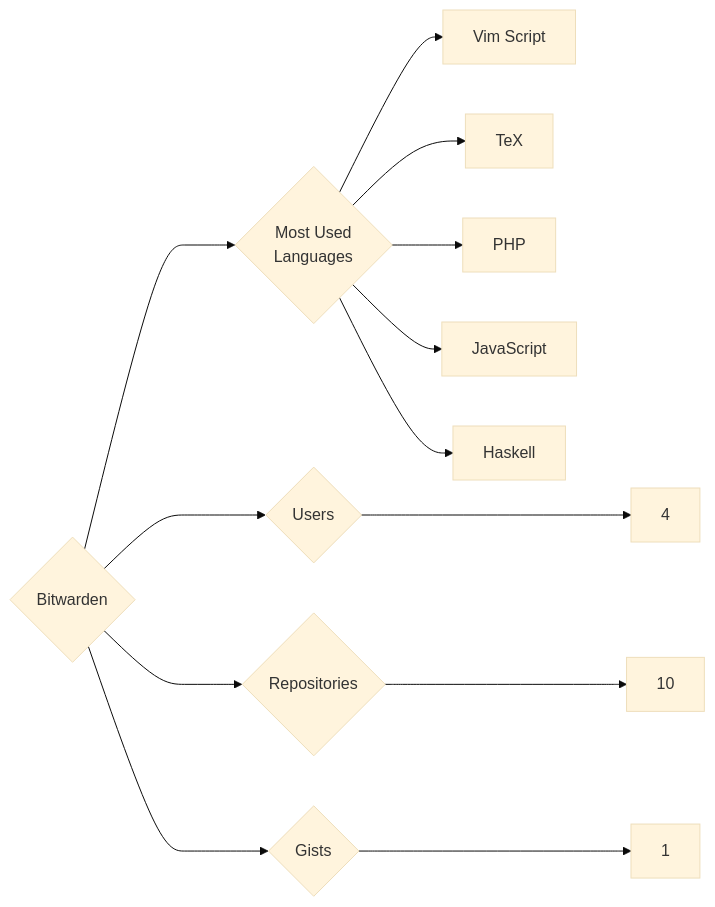
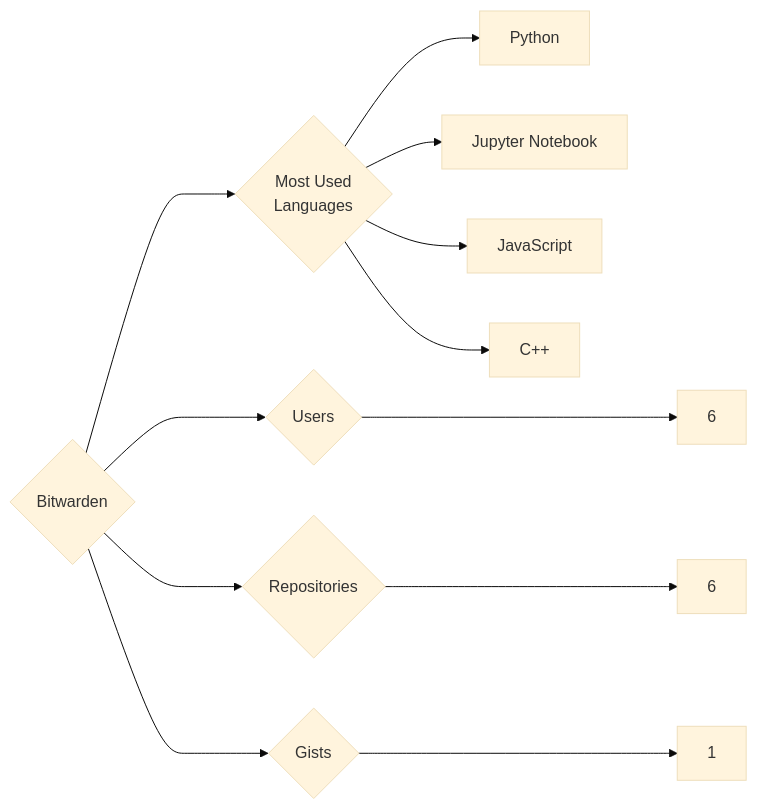
The diagram in targets/Bitwarden/README.md (trickest/insiders), drawn with Mermaid (base theme) before and after one commit. The commit also changed 938 other files, not shown here.

````diff
--- a/targets/Bitwarden/README.md
+++ b/targets/Bitwarden/README.md
@@ -3,13 +3,12 @@
 ```mermaid
 graph LR
 COMPANY_NAME{Bitwarden}
-COMPANY_NAME ---> U{Users} ---> UN[4]
-COMPANY_NAME ---> R{Repositories} ---> RN[10]
+COMPANY_NAME ---> U{Users} ---> UN[6]
+COMPANY_NAME ---> R{Repositories} ---> RN[6]
 COMPANY_NAME ---> G{Gists} ---> GN[1]
 COMPANY_NAME ---> ML{Most Used<br>Languages}
-ML --> Vim_Script[Vim Script]
-ML --> TeX[TeX]
-ML --> PHP[PHP]
+ML --> Python[Python]
+ML --> Jupyter_Notebook[Jupyter Notebook]
 ML --> JavaScript[JavaScript]
-ML --> Haskell[Haskell]
+ML --> C++[C++]
 ```
````
